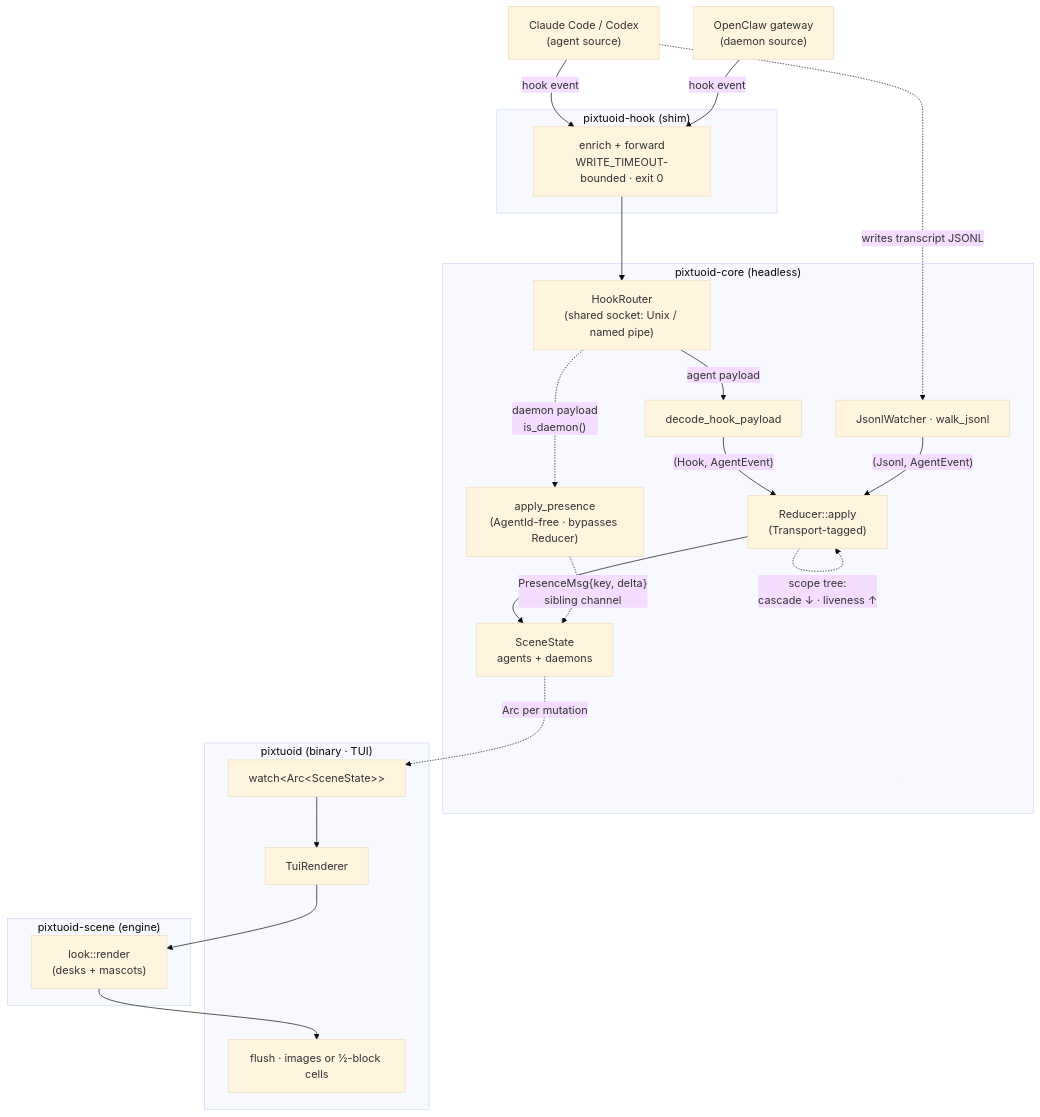
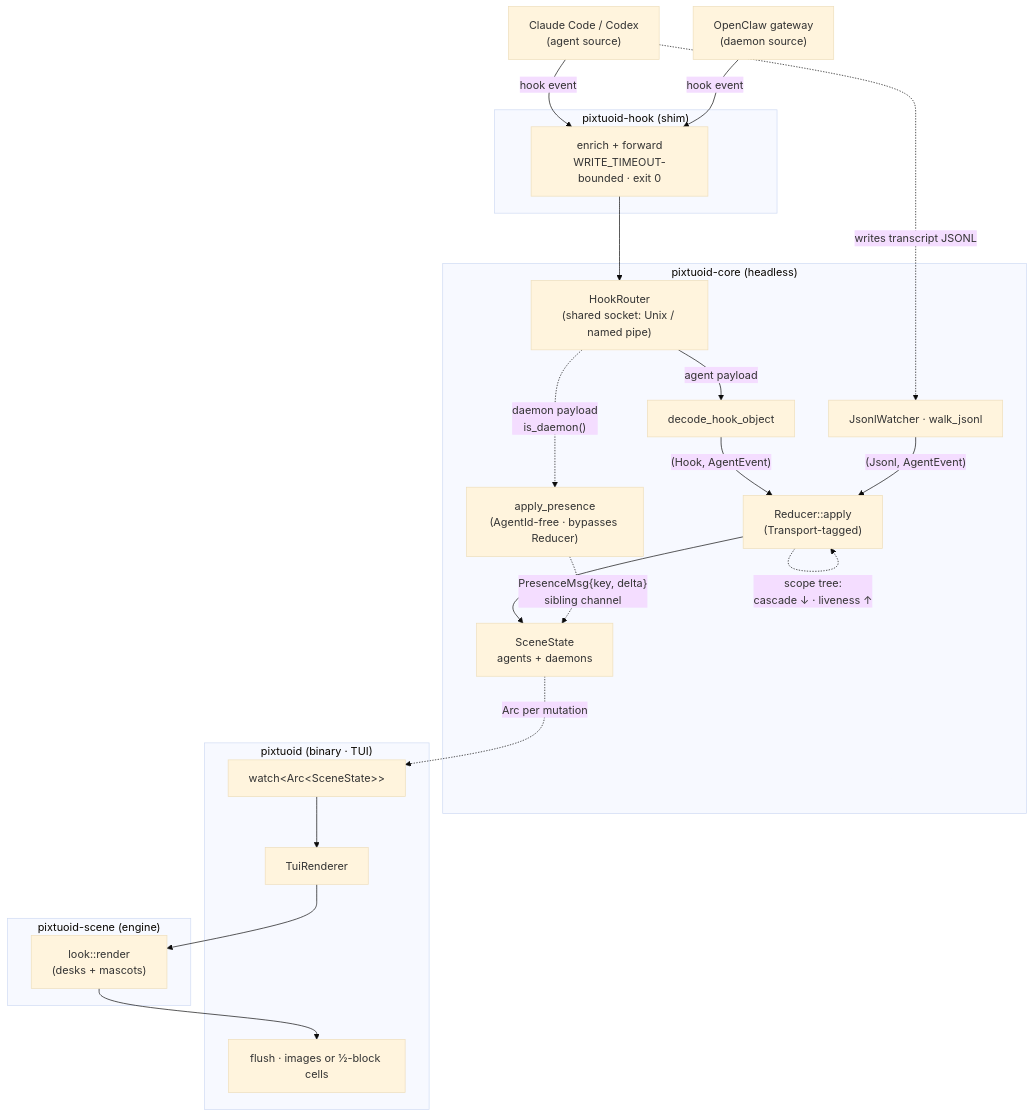
Before and after one commit to anateus/pixtuoid: the diagram in docs/ARCHITECTURE.md, drawn with Mermaid (base theme). The commit also changed other lines of this file and 23 other files, not shown here.

````diff
--- a/docs/ARCHITECTURE.md
+++ b/docs/ARCHITECTURE.md
@@ -47,45 +47,45 @@
 ```mermaid
 flowchart TB
   accTitle: pixtuoid data flow
   accDescr: A hook or transcript event flows from a coding agent (Claude Code, Codex) through the pixtuoid-hook shim into pixtuoid-core, where a HookRouter demuxes agent payloads to the Transport-tagged reducer and SceneState.agents. A daemon gateway (OpenClaw) shares the same shim and socket but is routed instead to apply_presence and SceneState.daemons over a sibling channel that bypasses the reducer. The pixtuoid TUI renderer then paints the whole scene through the pixtuoid-scene engine's terminal-agnostic pixel pass and flushes it as terminal images where the terminal draws them, else as half-block cells.
   CC["Claude Code / Codex<br/>(agent source)"]
   OC["OpenClaw gateway<br/>(daemon source)"]
 
   subgraph hook["pixtuoid-hook (shim)"]
     SH["enrich + forward<br/>WRITE_TIMEOUT-bounded · exit 0"]
   end
 
   subgraph core["pixtuoid-core (headless)"]
     L["HookRouter<br/>(shared socket: Unix / named pipe)"]
-    D["decode_hook_payload"]
+    D["decode_hook_object"]
     J["JsonlWatcher · walk_jsonl"]
     R["Reducer::apply<br/>(Transport-tagged)"]
     AP["apply_presence<br/>(AgentId-free · bypasses Reducer)"]
     S["SceneState<br/>agents + daemons"]
     L -->|agent payload| D
     L -.->|"daemon payload<br/>is_daemon()"| AP
     D -->|"(Hook, AgentEvent)"| R
     J -->|"(Jsonl, AgentEvent)"| R
     R --> S
     AP -.->|"PresenceMsg{key, delta}<br/>sibling channel"| S
     R -.->|"scope tree:<br/>cascade ↓ · liveness ↑"| R
   end
 
   subgraph bin["pixtuoid (binary · TUI)"]
     W["watch&lt;Arc&lt;SceneState&gt;&gt;"]
     TR["TuiRenderer"]
     FL["flush · images or ½-block cells"]
   end
 
   subgraph scene["pixtuoid-scene (engine)"]
     PX["look::render<br/>(desks + mascots)"]
   end
 
   W --> TR --> PX --> FL
 
   CC -->|hook event| SH
   OC -->|hook event| SH
   SH --> L
   CC -.->|writes transcript JSONL| J
   S -. Arc per mutation .-> W
 ```
````
